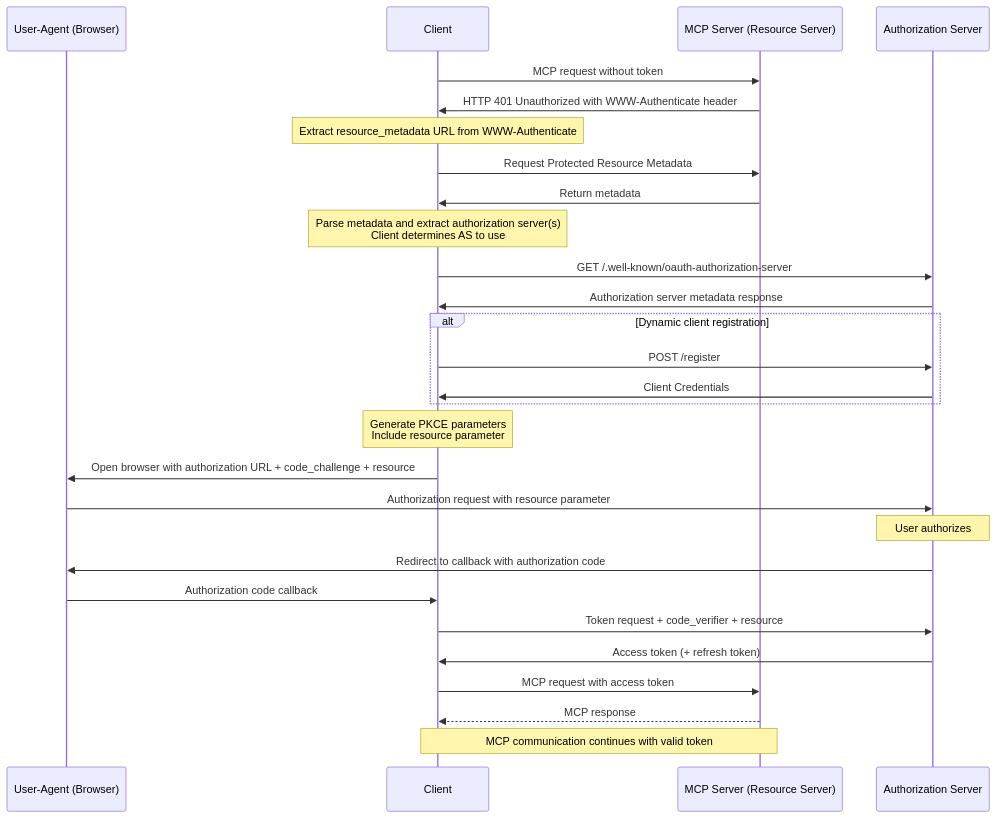
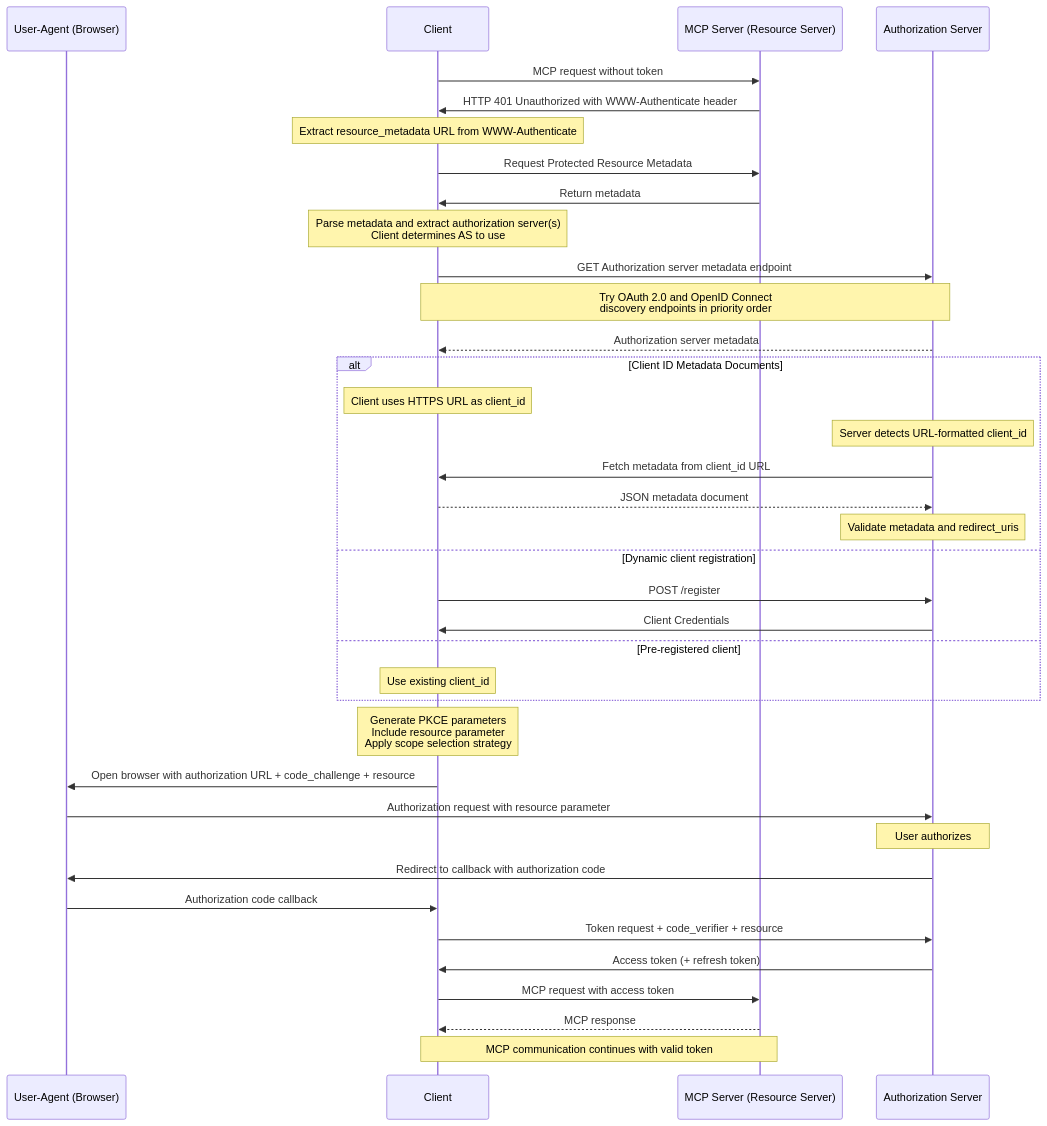
One commit to platformatic/mcp changed the third of 3 diagrams in spec/authorization.md. Above: the diagram before and after it, drawn with Mermaid. The commit also changed other lines of this file and 19 other files, not shown here.

````diff
--- a/spec/authorization.md
+++ b/spec/authorization.md
@@ -157,36 +349,45 @@
 ```mermaid
 sequenceDiagram
     participant B as User-Agent (Browser)
     participant C as Client
     participant M as MCP Server (Resource Server)
     participant A as Authorization Server
 
     C->>M: MCP request without token
     M->>C: HTTP 401 Unauthorized with WWW-Authenticate header
     Note over C: Extract resource_metadata URL from WWW-Authenticate
 
     C->>M: Request Protected Resource Metadata
     M->>C: Return metadata
 
     Note over C: Parse metadata and extract authorization server(s)<br/>Client determines AS to use
 
-    C->>A: GET /.well-known/oauth-authorization-server
-    A->>C: Authorization server metadata response
+    C->>A: GET Authorization server metadata endpoint
+    Note over C,A: Try OAuth 2.0 and OpenID Connect<br/>discovery endpoints in priority order
+    A-->>C: Authorization server metadata
 
-    alt Dynamic client registration
+    alt Client ID Metadata Documents
+        Note over C: Client uses HTTPS URL as client_id
+        Note over A: Server detects URL-formatted client_id
+        A->>C: Fetch metadata from client_id URL
+        C-->>A: JSON metadata document
+        Note over A: Validate metadata and redirect_uris
+    else Dynamic client registration
         C->>A: POST /register
         A->>C: Client Credentials
+    else Pre-registered client
+        Note over C: Use existing client_id
     end
 
-    Note over C: Generate PKCE parameters<br/>Include resource parameter
+    Note over C: Generate PKCE parameters<br/>Include resource parameter<br/>Apply scope selection strategy
     C->>B: Open browser with authorization URL + code_challenge + resource
     B->>A: Authorization request with resource parameter
     Note over A: User authorizes
     A->>B: Redirect to callback with authorization code
     B->>C: Authorization code callback
     C->>A: Token request + code_verifier + resource
     A->>C: Access token (+ refresh token)
     C->>M: MCP request with access token
     M-->>C: MCP response
     Note over C,M: MCP communication continues with valid token
 ```
````
